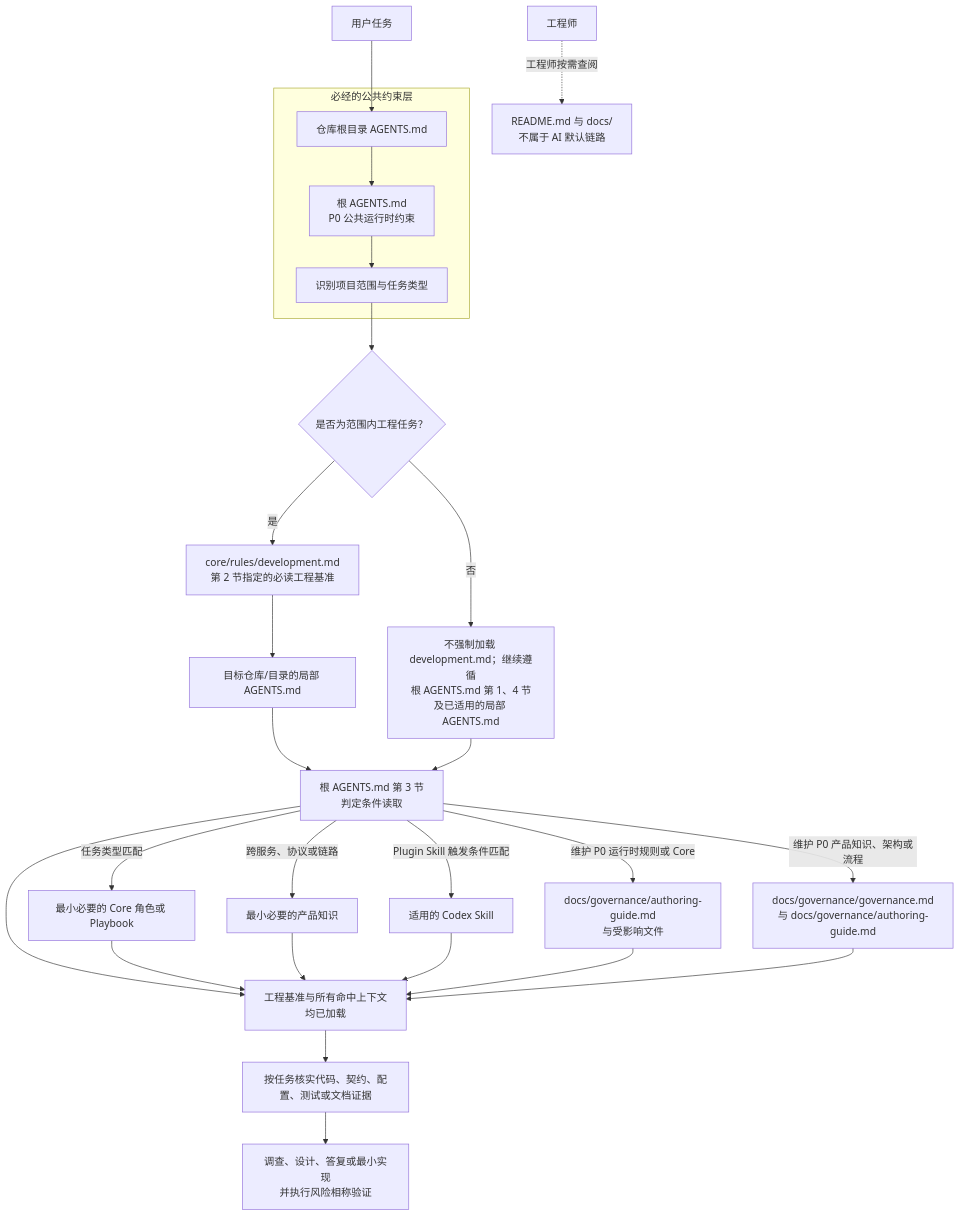
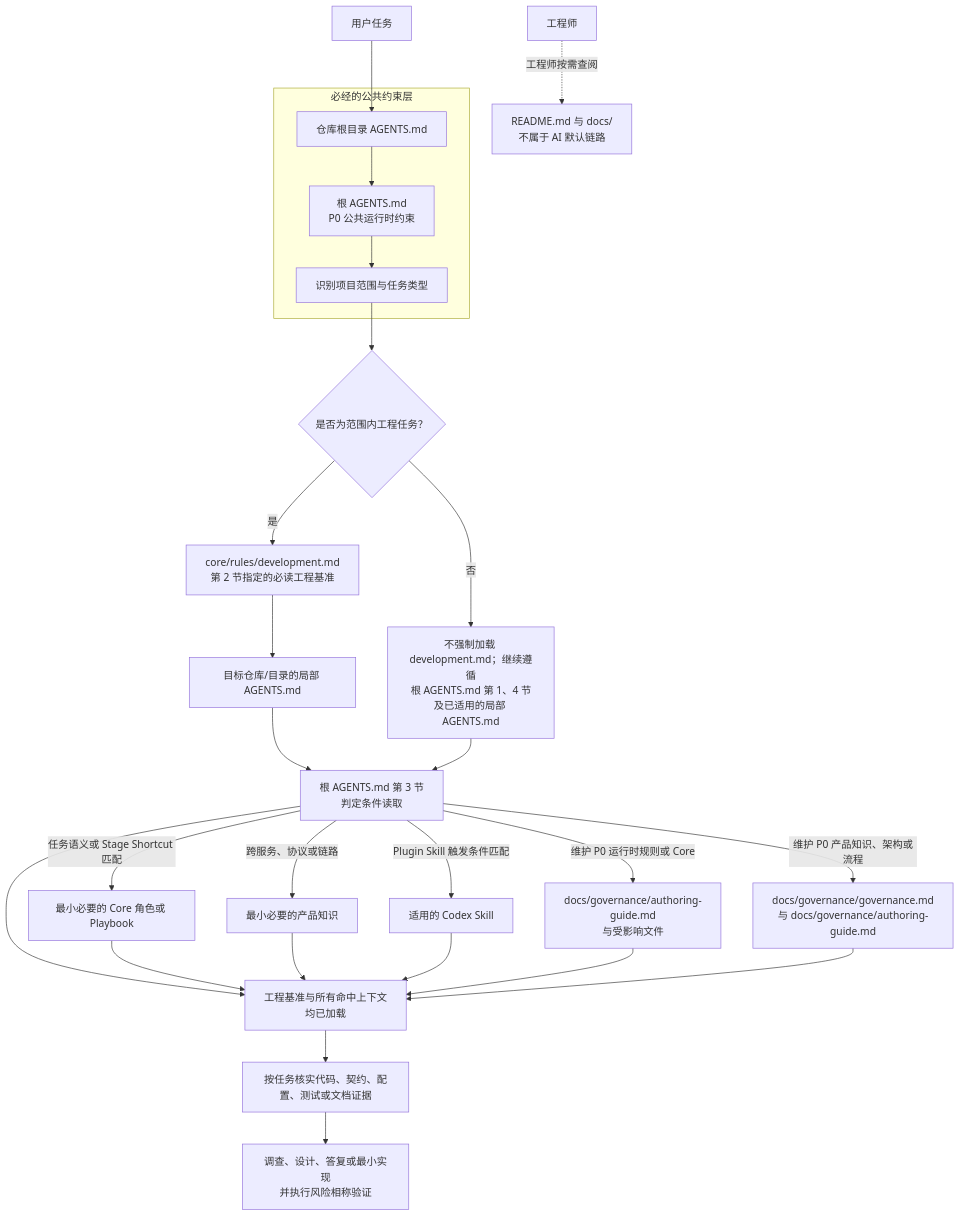
The first of 2 diagrams in docs/guides/project-guide.md (cnxutu/tu-engineering-workbench), drawn with Mermaid before and after one commit. The commit also changed other lines of this file and 23 other files, not shown here.

````diff
--- a/docs/guides/project-guide.md
+++ b/docs/guides/project-guide.md
@@ -9,30 +9,30 @@
 ```mermaid
 flowchart TD
     U[用户任务] --> R
     subgraph REQUIRED[必经的公共约束层]
         R[仓库根目录 AGENTS.md]
         P01[根 AGENTS.md\nP0 公共运行时约束]
         S[识别项目范围与任务类型]
         R --> P01 --> S
     end
     S --> W{是否为范围内工程任务？}
     W -->|是| D[core/rules/development.md\n第 2 节指定的必读工程基准]
     D --> L[目标仓库/目录的局部 AGENTS.md]
     L --> B[根 AGENTS.md 第 3 节\n判定条件读取]
-    B -->|任务类型匹配| CR[最小必要的 Core 角色或 Playbook]
+    B -->|任务语义或 Stage Shortcut 匹配| CR[最小必要的 Core 角色或 Playbook]
     B -->|跨服务、协议或链路| PK[最小必要的产品知识]
     B -->|Plugin Skill 触发条件匹配| SK[适用的 Codex Skill]
     B -->|维护 P0 运行时规则或 Core| RG[docs/governance/authoring-guide.md\n与受影响文件]
     B -->|维护 P0 产品知识、架构或流程| MG[docs/governance/governance.md\n与 docs/governance/authoring-guide.md]
     B --> C[工程基准与所有命中上下文\n均已加载]
     CR --> C
     PK --> C
     SK --> C
     RG --> C
     MG --> C
     C --> E[按任务核实代码、契约、配置、测试或文档证据]
     E --> I[调查、设计、答复或最小实现\n并执行风险相称验证]
     W -->|否| A[不强制加载 development.md；继续遵循\n根 AGENTS.md 第 1、4 节\n及已适用的局部 AGENTS.md]
     A --> B
     M[工程师] -. 工程师按需查阅 .-> H[README.md 与 docs/\n不属于 AI 默认链路]
 ```
````
